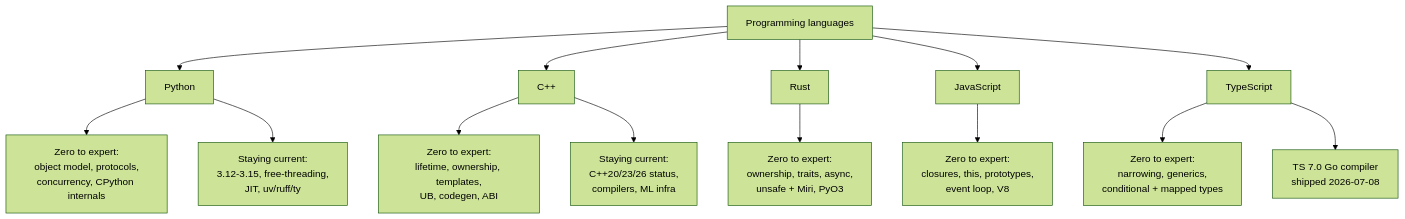
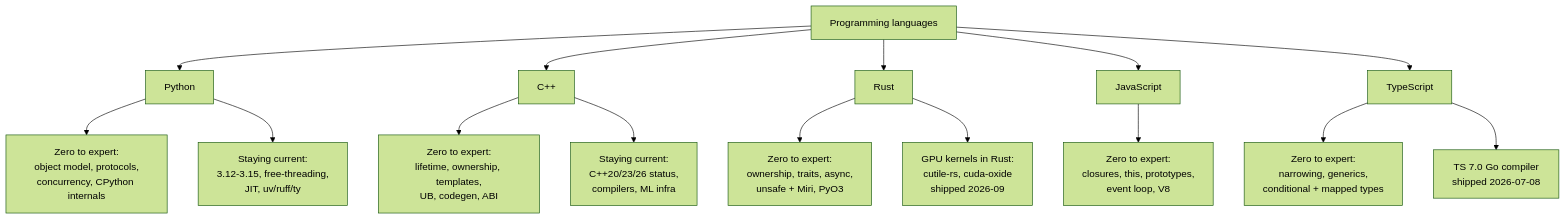
Before and after one commit to khalit7/technical_knowledge_base: the diagram in topics/programming-languages/summary.md, drawn with Mermaid (forest theme). The commit also changed other lines of this file and 173 other files, not shown here.

````diff
--- a/topics/programming-languages/summary.md
+++ b/topics/programming-languages/summary.md
@@ -9,23 +7,24 @@
 ```mermaid
 graph TD
     PL[Programming languages]
 
     PL --> PY[Python]
     PL --> CPP[C++]
     PL --> RS[Rust]
     PL --> JS[JavaScript]
     PL --> TS[TypeScript]
 
     PY --> PYA[Zero to expert:<br/>object model, protocols,<br/>concurrency, CPython internals]
     PY --> PYB[Staying current:<br/>3.12-3.15, free-threading,<br/>JIT, uv/ruff/ty]
 
     CPP --> CPPA[Zero to expert:<br/>lifetime, ownership, templates,<br/>UB, codegen, ABI]
     CPP --> CPPB[Staying current:<br/>C++20/23/26 status,<br/>compilers, ML infra]
 
     RS --> RSA[Zero to expert:<br/>ownership, traits, async,<br/>unsafe + Miri, PyO3]
+    RS --> RSB[GPU kernels in Rust:<br/>cutile-rs, cuda-oxide<br/>shipped 2026-09]
 
     JS --> JSA[Zero to expert:<br/>closures, this, prototypes,<br/>event loop, V8]
 
     TS --> TSA[Zero to expert:<br/>narrowing, generics,<br/>conditional + mapped types]
     TS --> TSB[TS 7.0 Go compiler<br/>shipped 2026-07-08]
 ```
````
